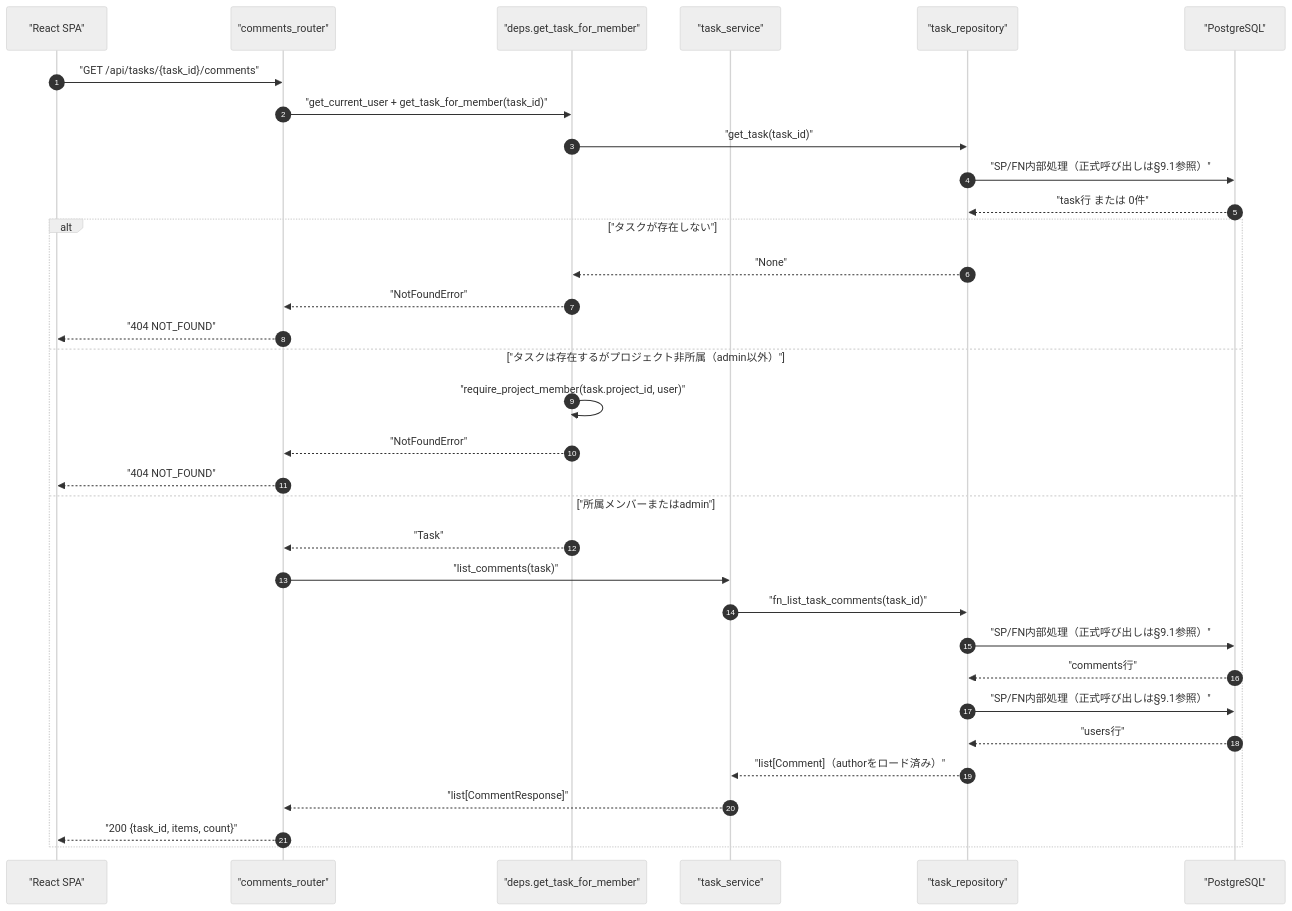
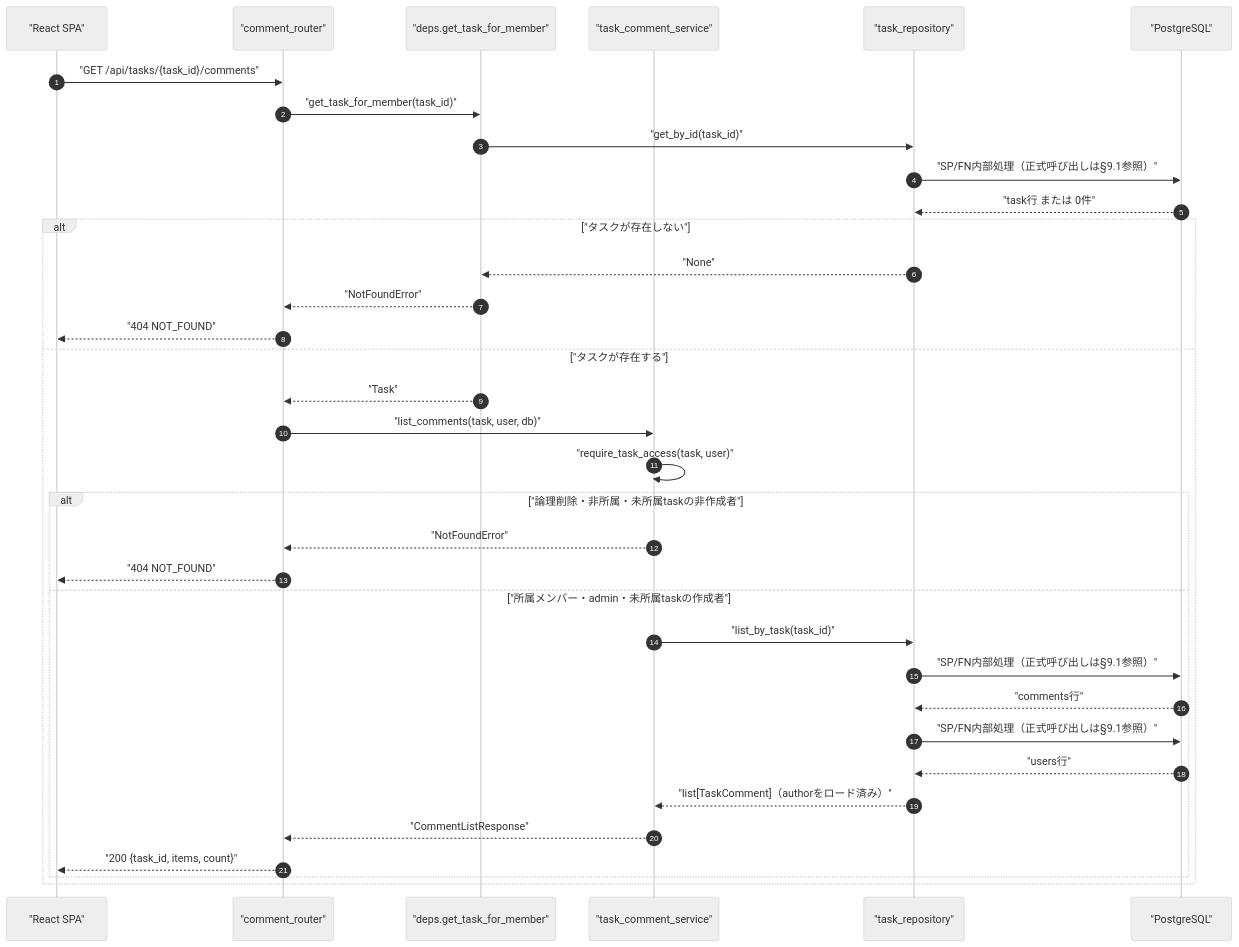
Before and after one commit to oikawa-d/task_management: the first of 4 diagrams in docs/detailed_design/api/tasks/06_get_task_comments.md, drawn with Mermaid (neutral theme). The commit also changed other lines of this file and 8 other files, not shown here.

````diff
--- a/docs/detailed_design/api/tasks/06_get_task_comments.md
+++ b/docs/detailed_design/api/tasks/06_get_task_comments.md
@@ -104,36 +104,38 @@
 ```mermaid
 sequenceDiagram
     autonumber
     participant FE as "React SPA"
-    participant R as "comments_router"
+    participant R as "comment_router"
     participant D as "deps.get_task_for_member"
-    participant S as "task_service"
+    participant S as "task_comment_service"
     participant TR as "task_repository"
     participant PG as "PostgreSQL"
 
     FE->>R: "GET /api/tasks/{task_id}/comments"
-    R->>D: "get_current_user + get_task_for_member(task_id)"
-    D->>TR: "get_task(task_id)"
+    R->>D: "get_task_for_member(task_id)"
+    D->>TR: "get_by_id(task_id)"
     TR->>PG: "SP/FN内部処理（正式呼び出しは§9.1参照）"
     PG-->>TR: "task行 または 0件"
     alt "タスクが存在しない"
         TR-->>D: "None"
         D-->>R: "NotFoundError"
         R-->>FE: "404 NOT_FOUND"
-    else "タスクは存在するがプロジェクト非所属（admin以外）"
-        D->>D: "require_project_member(task.project_id, user)"
-        D-->>R: "NotFoundError"
-        R-->>FE: "404 NOT_FOUND"
-    else "所属メンバーまたはadmin"
+    else "タスクが存在する"
         D-->>R: "Task"
-        R->>S: "list_comments(task)"
-        S->>TR: "fn_list_task_comments(task_id)"
+        R->>S: "list_comments(task, user, db)"
+        S->>S: "require_task_access(task, user)"
+        alt "論理削除・非所属・未所属taskの非作成者"
+            S-->>R: "NotFoundError"
+            R-->>FE: "404 NOT_FOUND"
+        else "所属メンバー・admin・未所属taskの作成者"
+            S->>TR: "list_by_task(task_id)"
         TR->>PG: "SP/FN内部処理（正式呼び出しは§9.1参照）"
         PG-->>TR: "comments行"
         TR->>PG: "SP/FN内部処理（正式呼び出しは§9.1参照）"
         PG-->>TR: "users行"
-        TR-->>S: "list[Comment]（authorをロード済み）"
-        S-->>R: "list[CommentResponse]"
-        R-->>FE: "200 {task_id, items, count}"
+            TR-->>S: "list[TaskComment]（authorをロード済み）"
+            S-->>R: "CommentListResponse"
+            R-->>FE: "200 {task_id, items, count}"
+        end
     end
 ```
````
